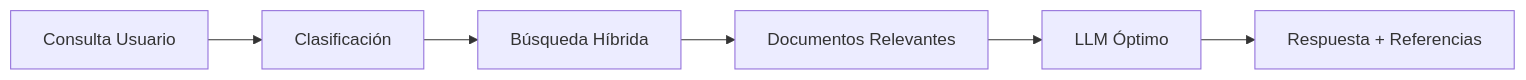
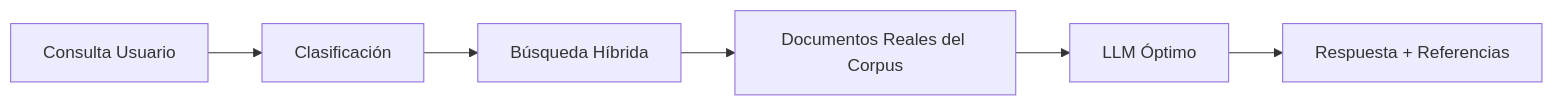
Before and after one commit to ArtemioPadilla/LexMX: the first of 2 diagrams in README.md, drawn with Mermaid. The commit also changed other lines of this file and 122 other files, not shown here.

````diff
--- a/README.md
+++ b/README.md
@@ -185,8 +206,8 @@
 ```mermaid
 graph LR
     A[Consulta Usuario] --> B[Clasificación]
     B --> C[Búsqueda Híbrida]
-    C --> D[Documentos Relevantes]
+    C --> D[Documentos Reales del Corpus]
     D --> E[LLM Óptimo]
     E --> F[Respuesta + Referencias]
 ```
````
